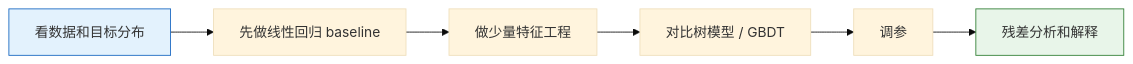
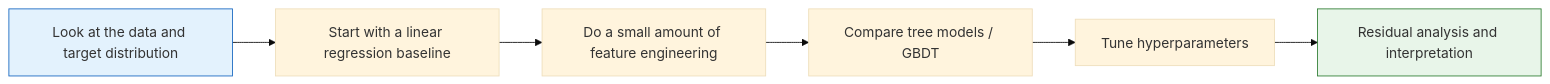
Before and after one commit to oudbiao/AI-fullstack-course: the diagram in docs/ch05-machine-learning/ch06-projects/01-house-price.md, drawn with Mermaid (base theme). The commit also changed other lines of this file and 1406 other files, not shown here.

````diff
--- a/docs/ch05-machine-learning/ch06-projects/01-house-price.md
+++ b/docs/ch05-machine-learning/ch06-projects/01-house-price.md
@@ -31,11 +31,11 @@
 ```mermaid
 flowchart LR
-    A["看数据和目标分布"] --> B["先做线性回归 baseline"]
-    B --> C["做少量特征工程"]
-    C --> D["对比树模型 / GBDT"]
-    D --> E["调参"]
-    E --> F["残差分析和解释"]
+    A["Look at the data and target distribution"] --> B["Start with a linear regression baseline"]
+    B --> C["Do a small amount of feature engineering"]
+    C --> D["Compare tree models / GBDT"]
+    D --> E["Tune hyperparameters"]
+    E --> F["Residual analysis and interpretation"]
 
     style A fill:#e3f2fd,stroke:#1565c0,color:#333
     style F fill:#e8f5e9,stroke:#2e7d32,color:#333
 ```
````
